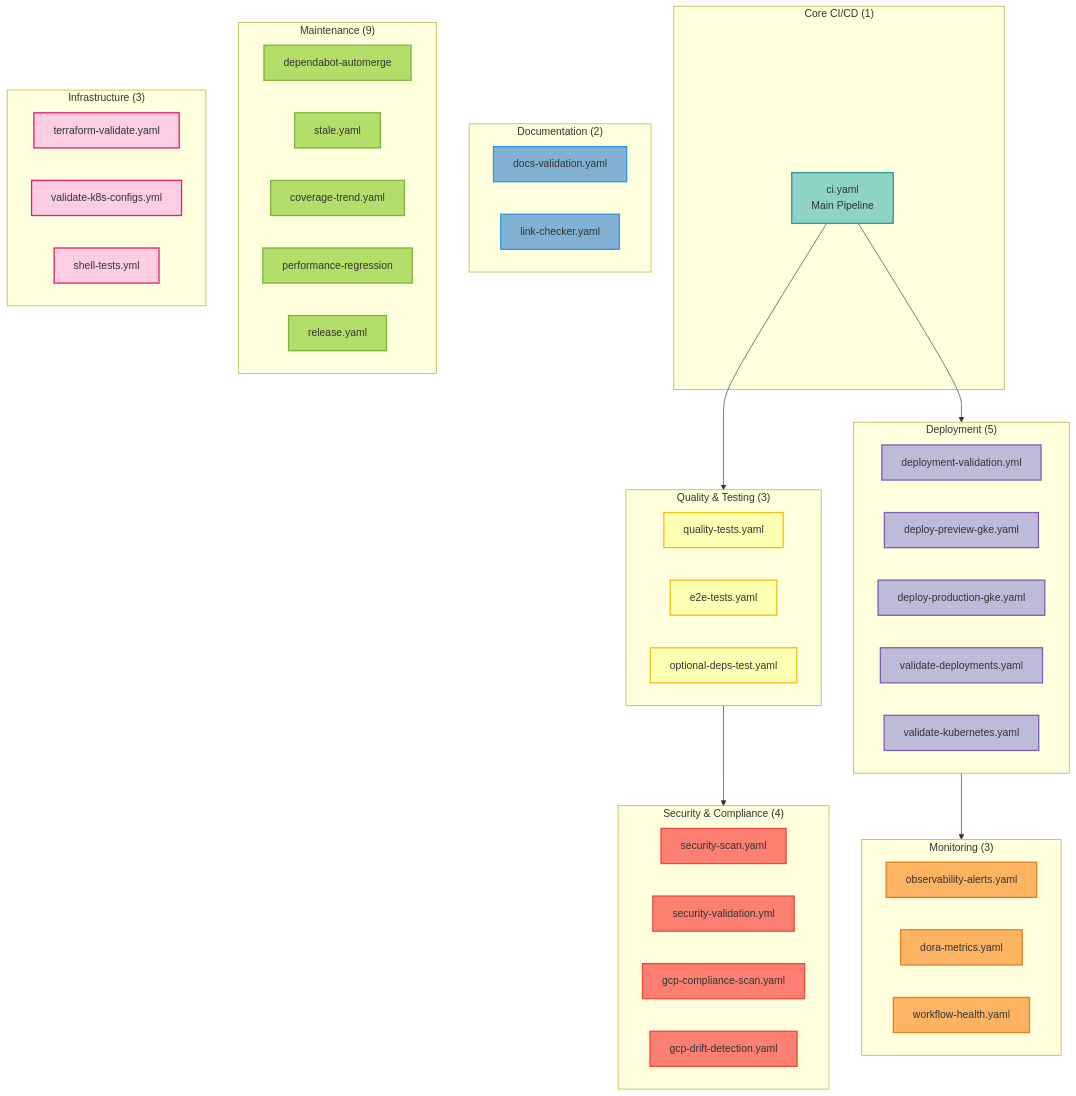
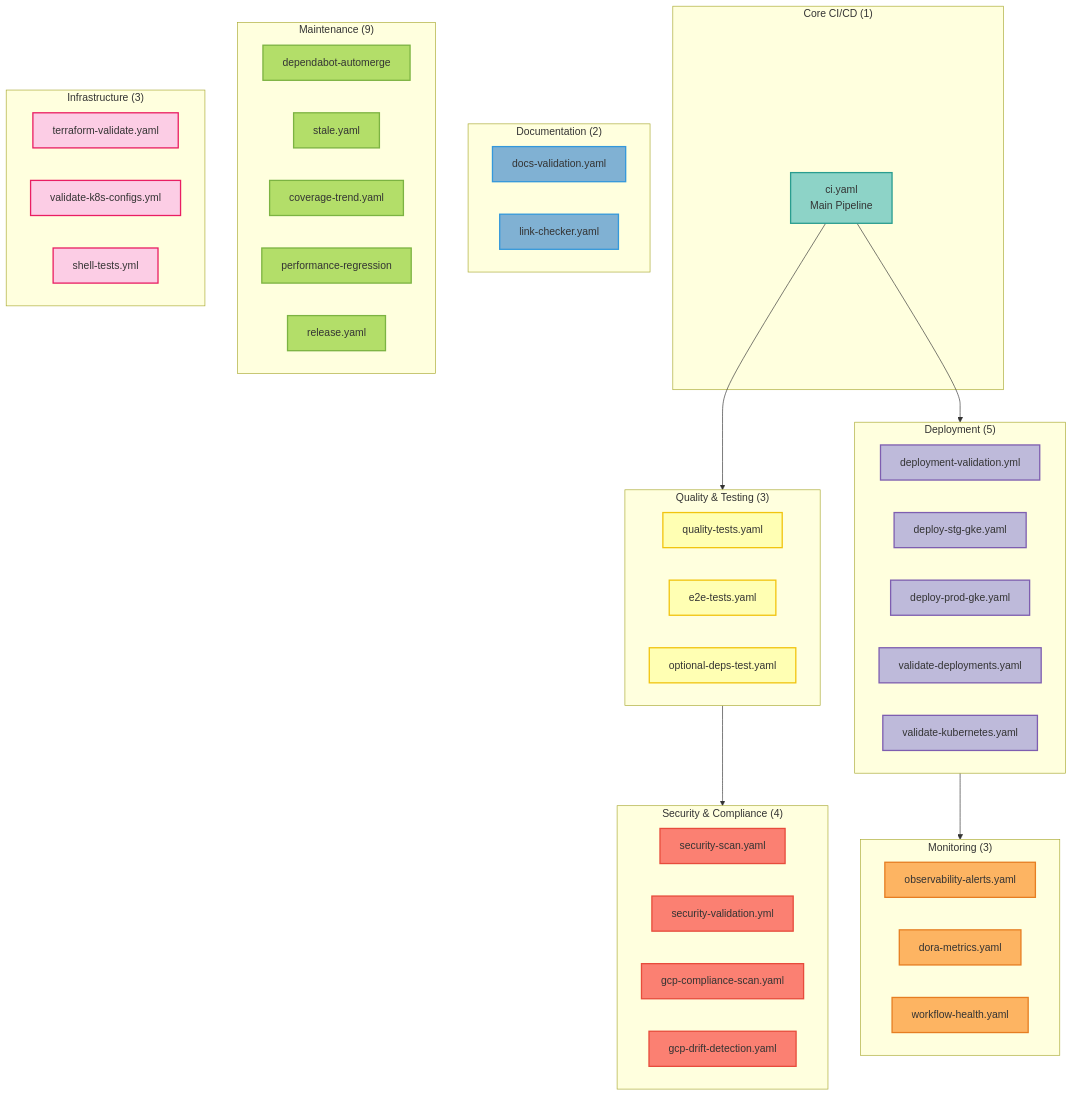
Before and after one commit to vishnu2kmohan/mcp-server-langgraph: the diagram in docs/development/workflows.mdx, drawn with Mermaid. The commit also changed other lines of this file and 500 other files, not shown here.

First line of the commit message:
refactor(infra): standardize environment naming to dev/stg/prod

````diff
--- a/docs/development/workflows.mdx
+++ b/docs/development/workflows.mdx
@@ -26,76 +26,76 @@
 ```mermaid
 flowchart TD
     subgraph CoreCI["Core CI/CD (1)"]
         CI["ci.yaml<br/>Main Pipeline"]
     end
 
     subgraph Quality["Quality & Testing (3)"]
         QT["quality-tests.yaml"]
         E2E["e2e-tests.yaml"]
         OD["optional-deps-test.yaml"]
     end
 
     subgraph Security["Security & Compliance (4)"]
         SS["security-scan.yaml"]
         SV["security-validation.yml"]
         GCS["gcp-compliance-scan.yaml"]
         GDD["gcp-drift-detection.yaml"]
     end
 
     subgraph Deploy["Deployment (5)"]
         DV["deployment-validation.yml"]
-        DS["deploy-preview-gke.yaml"]
-        DP["deploy-production-gke.yaml"]
+        DS["deploy-stg-gke.yaml"]
+        DP["deploy-prod-gke.yaml"]
         VD["validate-deployments.yaml"]
         VK["validate-kubernetes.yaml"]
     end
 
     subgraph Docs["Documentation (2)"]
         DVL["docs-validation.yaml"]
         LC["link-checker.yaml"]
     end
 
     subgraph Monitor["Monitoring (3)"]
         OA["observability-alerts.yaml"]
         DM["dora-metrics.yaml"]
         WH["workflow-health.yaml"]
     end
 
     subgraph Maint["Maintenance (9)"]
         DA["dependabot-automerge"]
         ST["stale.yaml"]
         CT["coverage-trend.yaml"]
         PR["performance-regression"]
         REL["release.yaml"]
     end
 
     subgraph Infra["Infrastructure (3)"]
         TV["terraform-validate.yaml"]
         VKC["validate-k8s-configs.yml"]
         SH["shell-tests.yml"]
     end
 
     CI --> Quality
     CI --> Deploy
     Quality --> Security
     Deploy --> Monitor
 
     %% ColorBrewer2 Set3 palette - each category uniquely colored
     classDef coreStyle fill:#8dd3c7,stroke:#2a9d8f,stroke-width:2px,color:#333
     classDef qualityStyle fill:#ffffb3,stroke:#f1c40f,stroke-width:2px,color:#333
     classDef securityStyle fill:#fb8072,stroke:#e74c3c,stroke-width:2px,color:#333
     classDef deployStyle fill:#bebada,stroke:#7e5eb0,stroke-width:2px,color:#333
     classDef docsStyle fill:#80b1d3,stroke:#3498db,stroke-width:2px,color:#333
     classDef monitorStyle fill:#fdb462,stroke:#e67e22,stroke-width:2px,color:#333
     classDef maintStyle fill:#b3de69,stroke:#7cb342,stroke-width:2px,color:#333
     classDef infraStyle fill:#fccde5,stroke:#e91e63,stroke-width:2px,color:#333
 
     class CI coreStyle
     class QT,E2E,OD qualityStyle
     class SS,SV,GCS,GDD securityStyle
     class DV,DS,DP,VD,VK deployStyle
     class DVL,LC docsStyle
     class OA,DM,WH monitorStyle
     class DA,ST,CT,PR,REL maintStyle
     class TV,VKC,SH infraStyle
 ```
````
